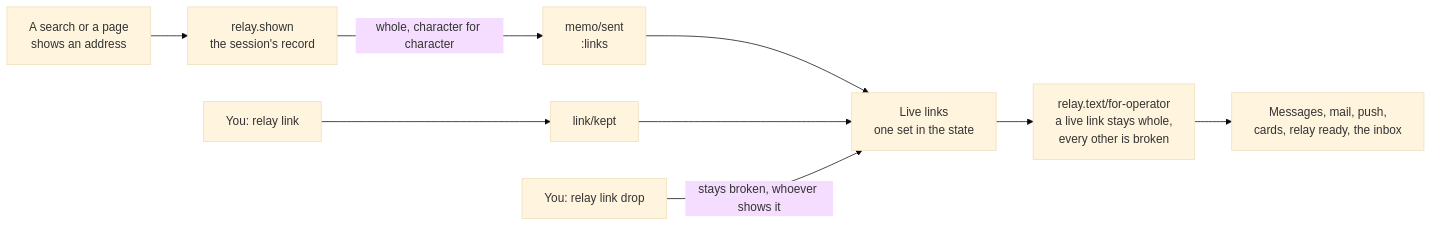
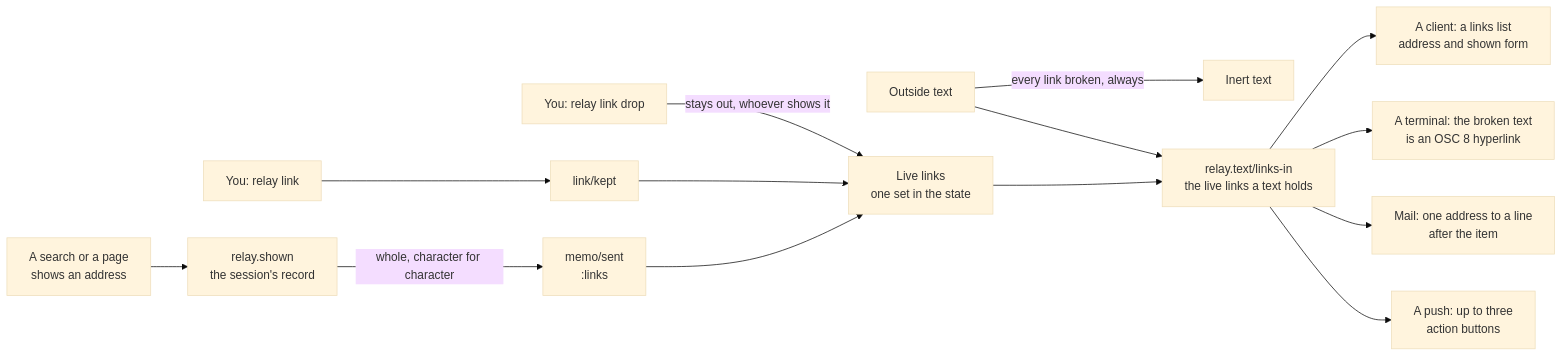
One commit to kirahowe/relay changed diagram 11 of 17 in docs/architecture.md. Above: the diagram before and after it, drawn with Mermaid (base theme). The commit also changed other lines of this file and 3 other files, not shown here.

````diff
--- a/docs/architecture.md
+++ b/docs/architecture.md
@@ -477,11 +482,16 @@
 ```mermaid
 flowchart LR
     web["A search or a page<br/>shows an address"] --> rec["relay.shown<br/>the session's record"]
     rec -->|"whole, character for character"| memo["memo/sent<br/>:links"]
     you["You: relay link"] --> kept["link/kept"]
     memo --> live["Live links<br/>one set in the state"]
     kept --> live
-    drop["You: relay link drop"] -->|"stays broken, whoever shows it"| live
-    live --> show["relay.text/for-operator<br/>a live link stays whole,<br/>every other is broken"]
-    show --> out["Messages, mail, push,<br/>cards, relay ready, the inbox"]
+    drop["You: relay link drop"] -->|"stays out, whoever shows it"| live
+    text["Outside text"] -->|"every link broken, always"| inert["Inert text"]
+    live --> find["relay.text/links-in<br/>the live links a text holds"]
+    text --> find
+    find --> wire["A client: a links list<br/>address and shown form"]
+    find --> term["A terminal: the broken text<br/>is an OSC 8 hyperlink"]
+    find --> mail["Mail: one address to a line<br/>after the item"]
+    find --> push["A push: up to three<br/>action buttons"]
 ```
````
